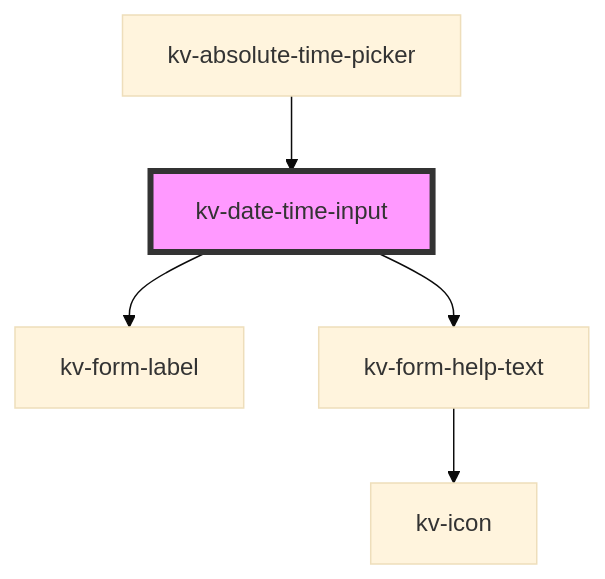
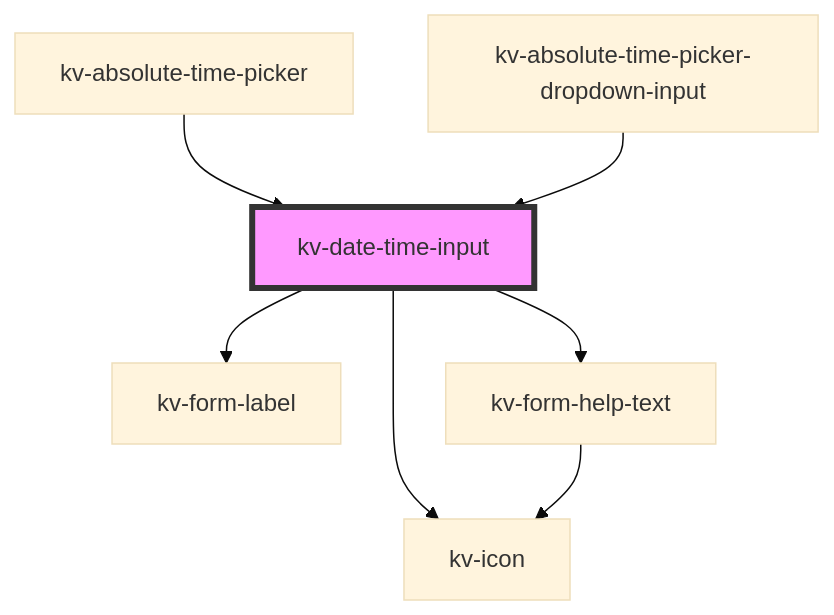
Before and after one commit to kelvininc/ui-components: the diagram in packages/ui-components/src/components/date-time-input/readme.md, drawn with Mermaid (base theme). The commit also changed other lines of this file and 29 other files, not shown here.

Commit message:
feat: add new input absolute time picker

````diff
--- a/packages/ui-components/src/components/date-time-input/readme.md
+++ b/packages/ui-components/src/components/date-time-input/readme.md
@@ -80,8 +87,10 @@
 ```mermaid
 graph TD;
   kv-date-time-input --> kv-form-label
+  kv-date-time-input --> kv-icon
   kv-date-time-input --> kv-form-help-text
   kv-form-help-text --> kv-icon
   kv-absolute-time-picker --> kv-date-time-input
+  kv-absolute-time-picker-dropdown-input --> kv-date-time-input
   style kv-date-time-input fill:#f9f,stroke:#333,stroke-width:4px
 ```
````
